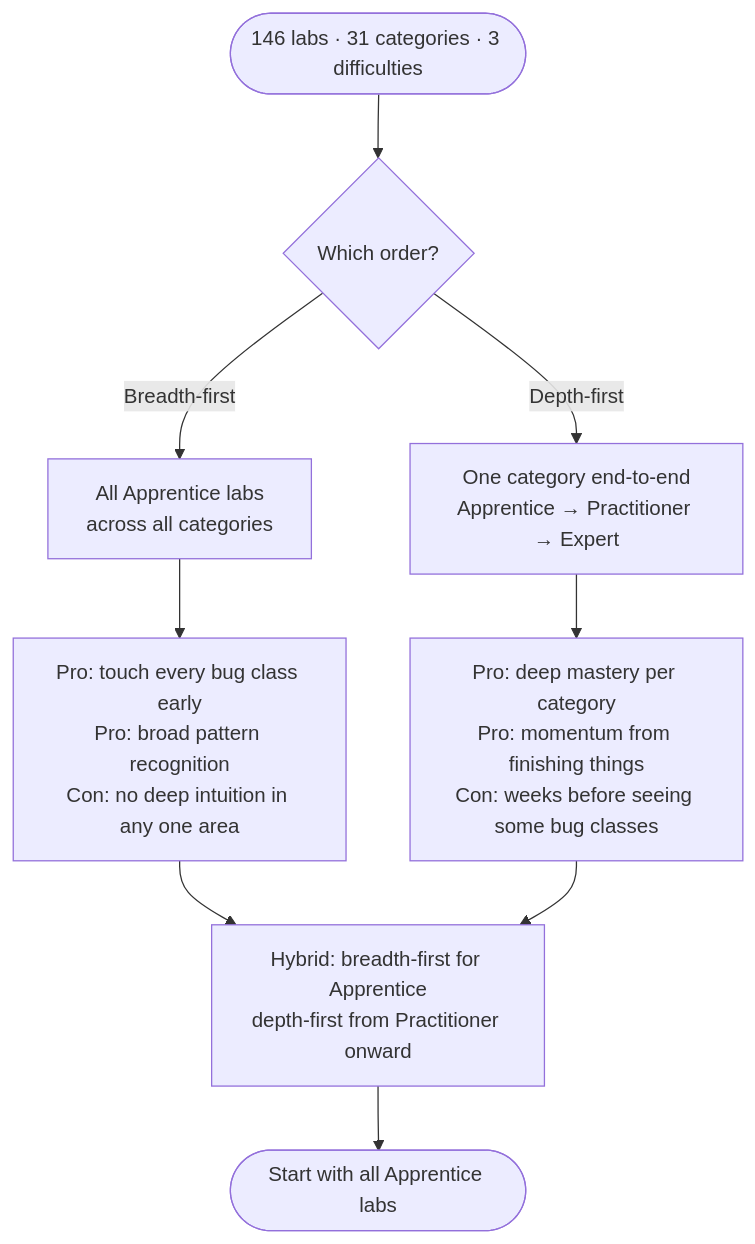
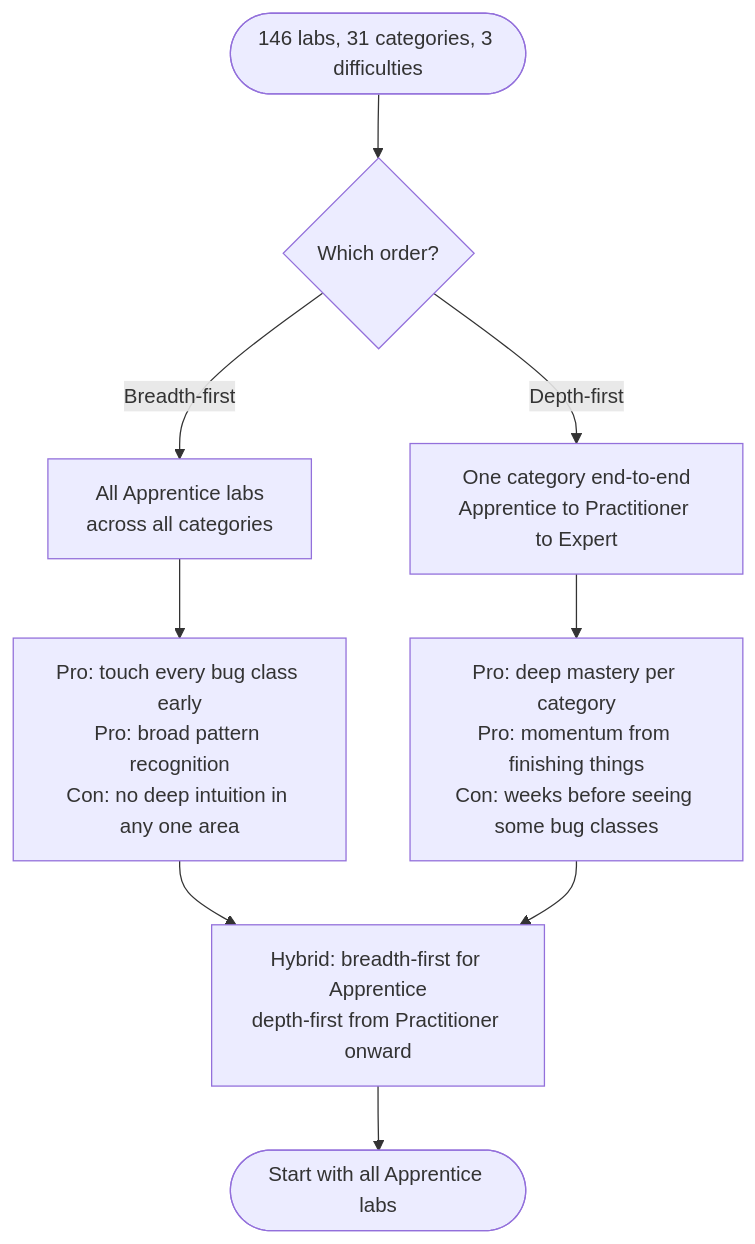
The diagram in src/content/posts/2026-04-20-picking-a-path-through-146-portswigger-labs.md (marie-schmidt/security-research), drawn with Mermaid before and after one commit.

Commit message:
fix: Update flowchart formatting for clarity in Episode #2 post

````diff
--- a/src/content/posts/2026-04-20-picking-a-path-through-146-portswigger-labs.md
+++ b/src/content/posts/2026-04-20-picking-a-path-through-146-portswigger-labs.md
@@ -28,11 +28,11 @@
 ```mermaid
 flowchart TD
-   Start([146 labs · 31 categories · 3 difficulties]) --> Choice{Which order?}
+   Start([146 labs, 31 categories, 3 difficulties]) --> Choice{Which order?}
    Choice -->|Breadth-first| BF[All Apprentice labs<br/>across all categories]
-   Choice -->|Depth-first| DF[One category end-to-end<br/>Apprentice → Practitioner → Expert]
+   Choice -->|Depth-first| DF[One category end-to-end<br/>Apprentice to Practitioner to Expert]
    BF --> BFpro[Pro: touch every bug class early<br/>Pro: broad pattern recognition<br/>Con: no deep intuition in any one area]
    DF --> DFpro[Pro: deep mastery per category<br/>Pro: momentum from finishing things<br/>Con: weeks before seeing some bug classes]
    BFpro --> Hybrid[Hybrid: breadth-first for Apprentice<br/>depth-first from Practitioner onward]
    DFpro --> Hybrid
    Hybrid --> Go([Start with all Apprentice labs])
 ```
````
